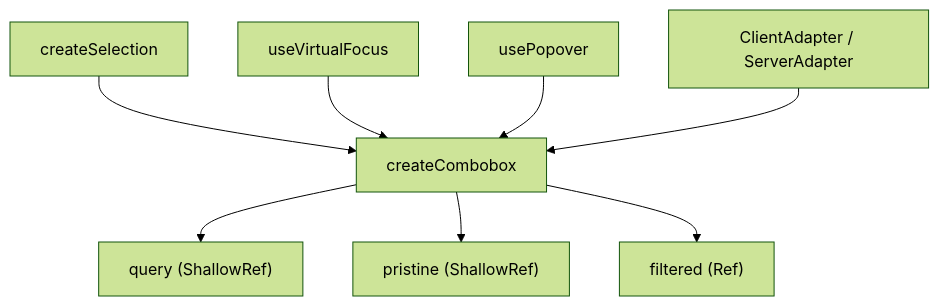
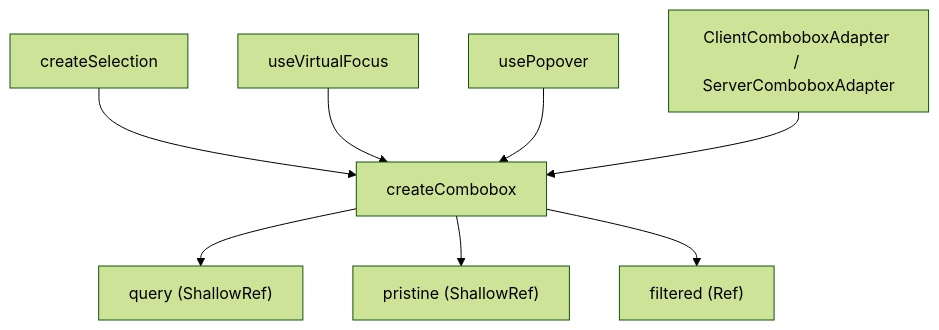
One commit to vuetifyjs/0 changed the diagram in apps/docs/src/pages/composables/forms/create-combobox.md. Above: the diagram before and after it, drawn with Mermaid (forest theme). The commit also changed other lines of this file and 7 other files, not shown here.

````diff
--- a/apps/docs/src/pages/composables/forms/create-combobox.md
+++ b/apps/docs/src/pages/composables/forms/create-combobox.md
@@ -58,19 +58,19 @@
 ```mermaid "createCombobox Architecture"
 flowchart TD
   createSelection["createSelection"]
   useVirtualFocus["useVirtualFocus"]
   usePopover["usePopover"]
-  Adapter["ClientAdapter / ServerAdapter"]
+  Adapter["ClientComboboxAdapter / ServerComboboxAdapter"]
   createCombobox["createCombobox"]:::primary
   query["query (ShallowRef)"]
   pristine["pristine (ShallowRef)"]
   filtered["filtered (Ref<Set>)"]
 
   createSelection --> createCombobox
   useVirtualFocus --> createCombobox
   usePopover --> createCombobox
   Adapter --> createCombobox
   createCombobox --> query
   createCombobox --> pristine
   createCombobox --> filtered
 ```
````
